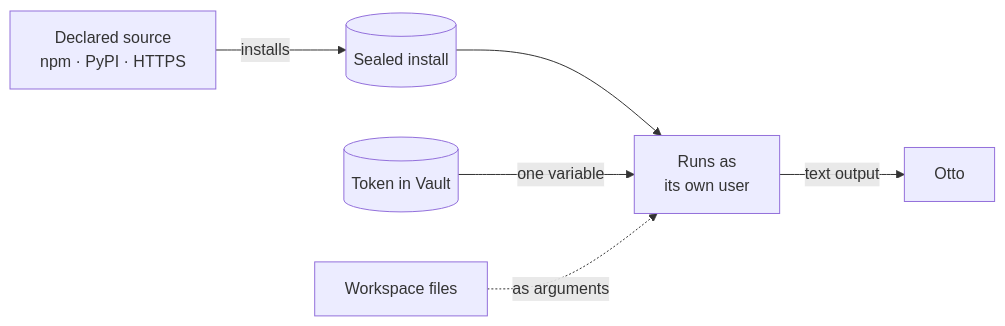
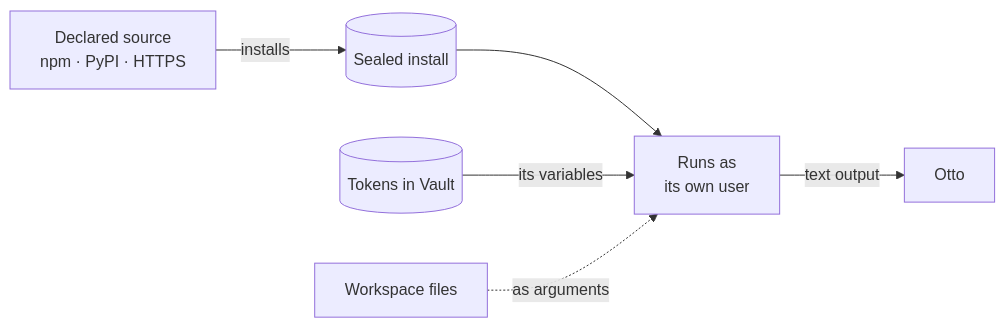
One commit to KrishBhimani/nod changed the diagram in docs/src/content/docs/connect/mcp-api-cli.md. Above: the diagram before and after it, drawn with Mermaid. The commit also changed other lines of this file and 169 other files, not shown here.

````diff
--- a/docs/src/content/docs/connect/mcp-api-cli.md
+++ b/docs/src/content/docs/connect/mcp-api-cli.md
@@ -38,8 +40,8 @@
 ```mermaid
 flowchart LR
   source[Declared source<br/>npm · PyPI · HTTPS] -- installs --> sealed[(Sealed install)]
   sealed --> runner[Runs as<br/>its own user]:::go
-  token[(Token in Vault)]:::accent -- one variable --> runner
+  token[(Tokens in Vault)]:::accent -- its variables --> runner
   files[Workspace files]:::muted -. as arguments .-> runner
   runner -- text output --> otto[Otto]
 ```
````
